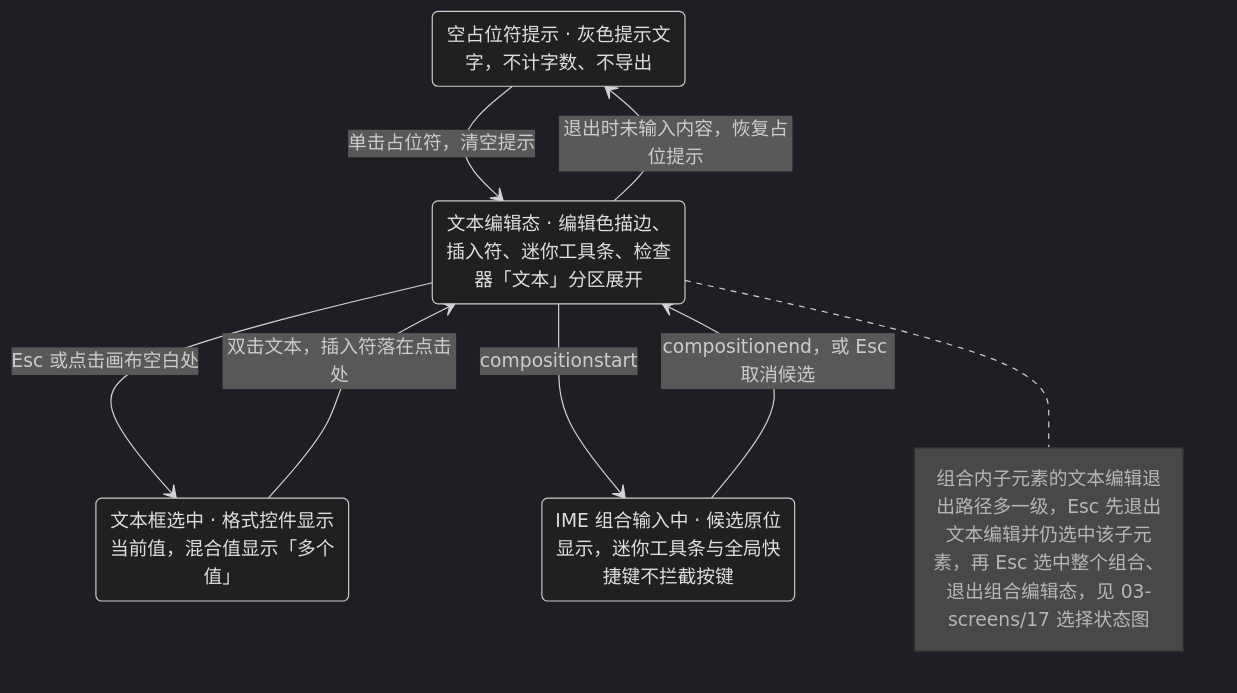
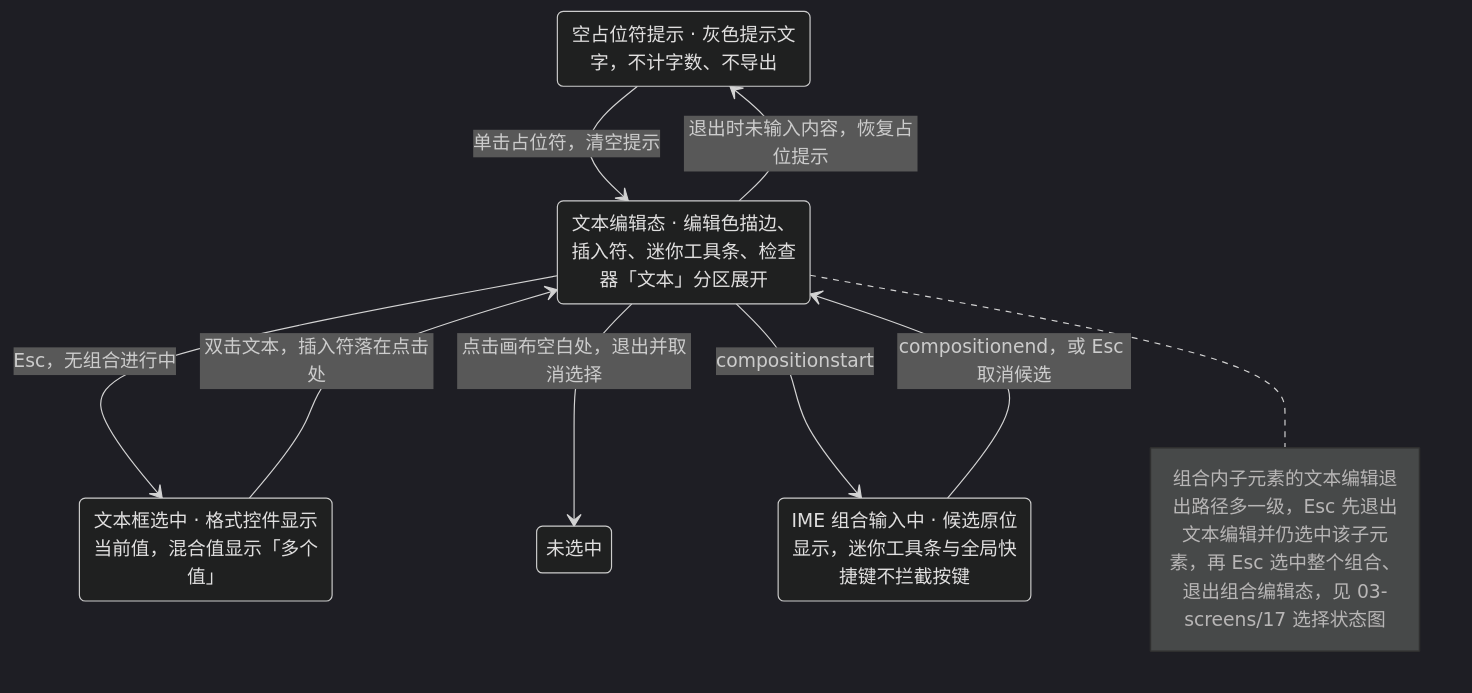
Before and after one commit to Xeonice/cordis-ppt-editor: the diagram in docs/20-design/03-screens/16-text-editing-and-formatting.md, drawn with Mermaid (dark theme). The commit also changed other lines of this file and 79 other files, not shown here.

````diff
--- a/docs/20-design/03-screens/16-text-editing-and-formatting.md
+++ b/docs/20-design/03-screens/16-text-editing-and-formatting.md
@@ -56,14 +56,16 @@
 ```mermaid
 stateDiagram-v2
   state "空占位符提示 · 灰色提示文字，不计字数、不导出" as hint
   state "文本框选中 · 格式控件显示当前值，混合值显示「多个值」" as selected
   state "文本编辑态 · 编辑色描边、插入符、迷你工具条、检查器「文本」分区展开" as editing
+  state "未选中" as none
   state "IME 组合输入中 · 候选原位显示，迷你工具条与全局快捷键不拦截按键" as ime
   hint --> editing : 单击占位符，清空提示
   selected --> editing : 双击文本，插入符落在点击处
   editing --> ime : compositionstart
   ime --> editing : compositionend，或 Esc 取消候选
-  editing --> selected : Esc 或点击画布空白处
+  editing --> selected : Esc，无组合进行中
+  editing --> none : 点击画布空白处，退出并取消选择
   editing --> hint : 退出时未输入内容，恢复占位提示
   note right of editing : 组合内子元素的文本编辑退出路径多一级，Esc 先退出文本编辑并仍选中该子元素，再 Esc 选中整个组合、退出组合编辑态，见 03-screens/17 选择状态图
 ```
````
